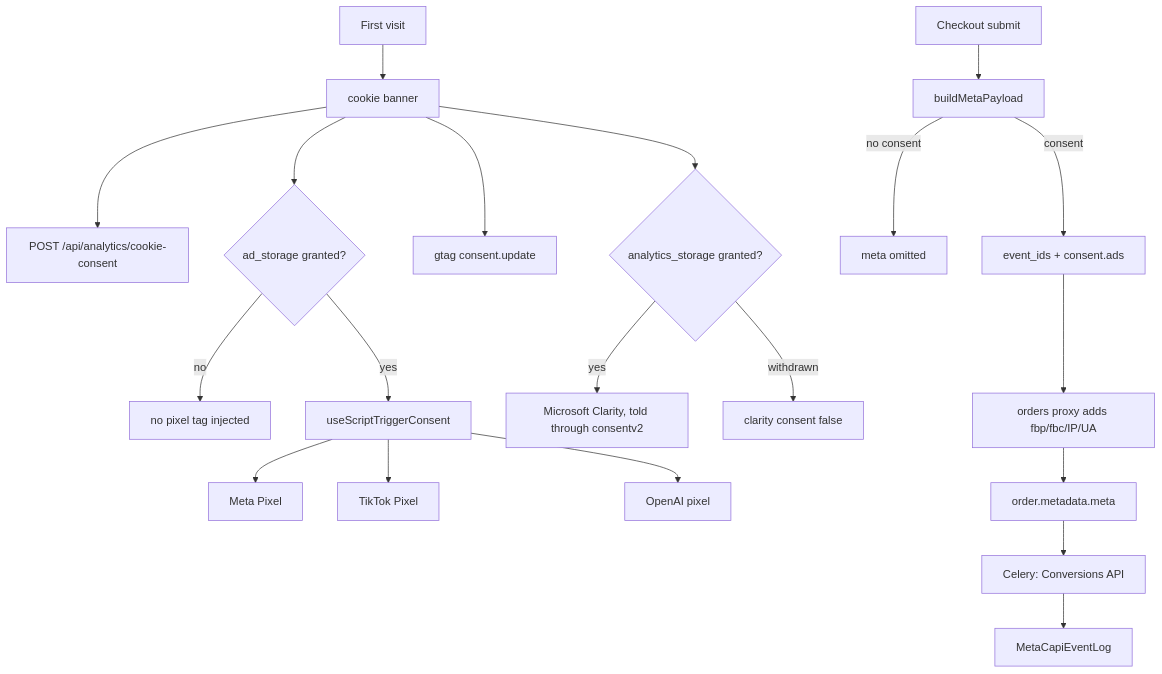
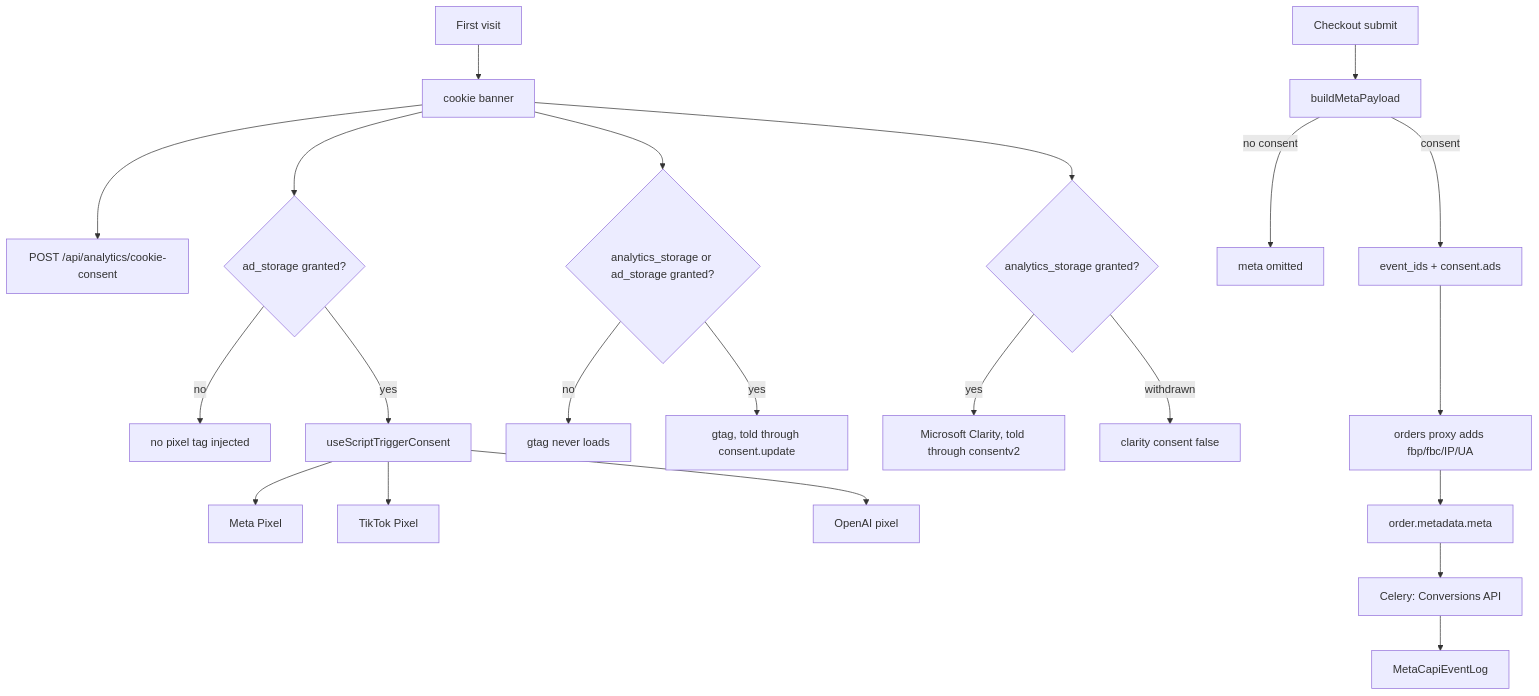
The diagram in src/dev/flows/analytics-and-consent.md (vasilistotskas/grooveshop-docs), drawn with Mermaid before and after one commit. The commit also changed other lines of this file and 5 other files, not shown here.

````diff
--- a/src/dev/flows/analytics-and-consent.md
+++ b/src/dev/flows/analytics-and-consent.md
@@ -31,23 +31,25 @@
 ```mermaid
 flowchart TD
   Visit["First visit"] --> Banner["cookie banner"]
   Banner --> Tel["POST /api/analytics/cookie-consent"]
   Banner --> Dec{"ad_storage granted?"}
   Dec -- "no" --> None["no pixel tag injected"]
   Dec -- "yes" --> Trig["useScriptTriggerConsent"]
   Trig --> Meta["Meta Pixel"]
   Trig --> TT["TikTok Pixel"]
   Trig --> OAI["OpenAI pixel"]
-  Banner --> GA["gtag consent.update"]
+  Banner --> GDec{"analytics_storage or ad_storage granted?"}
+  GDec -- "no" --> NoG["gtag never loads"]
+  GDec -- "yes" --> GA["gtag, told through consent.update"]
   Banner --> Clar{"analytics_storage granted?"}
   Clar -- "yes" --> Clarity["Microsoft Clarity, told through consentv2"]
   Clar -- "withdrawn" --> Erase["clarity consent false"]
 
   Checkout["Checkout submit"] --> Build["buildMetaPayload"]
   Build -- "no consent" --> Null["meta omitted"]
   Build -- "consent" --> Ids["event_ids + consent.ads"]
   Ids --> Proxy["orders proxy adds fbp/fbc/IP/UA"]
   Proxy --> Order["order.metadata.meta"]
   Order --> CAPI["Celery: Conversions API"]
   CAPI --> Log["MetaCapiEventLog"]
 ```
````
